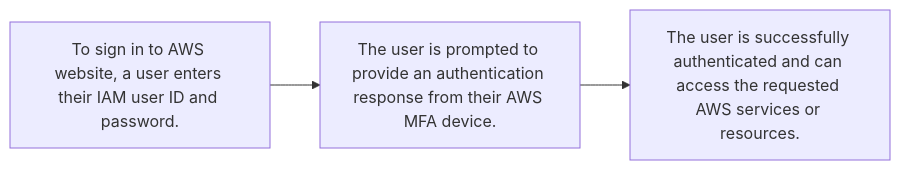
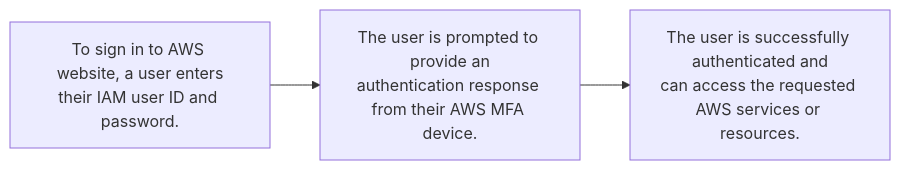
The fourth of 4 diagrams in cloud-practitioner-essentials/aws-iam.md (rmarasigan/aws-essentials), drawn with Mermaid before and after one commit. The commit also changed other lines of this file and 8 other files, not shown here.

````diff
--- a/cloud-practitioner-essentials/aws-iam.md
+++ b/cloud-practitioner-essentials/aws-iam.md
@@ -75,6 +75,6 @@
 ```mermaid
 graph LR
 
-    A[To sign in to AWS website, a user enters their IAM user ID and password.] --> B[The user is prompted to provide an authentication response from their AWS MFA device.]
-    B --> C[The user is successfully authenticated and can access the requested AWS services or resources.]
+    A[To sign in to AWS website, a user enters<br>their IAM user ID and password.] --> B[The user is prompted to provide an<br>authentication response from their AWS MFA device.]
+    B --> C[The user is successfully authenticated and<br>can access the requested AWS services or resources.]
 ```
````
